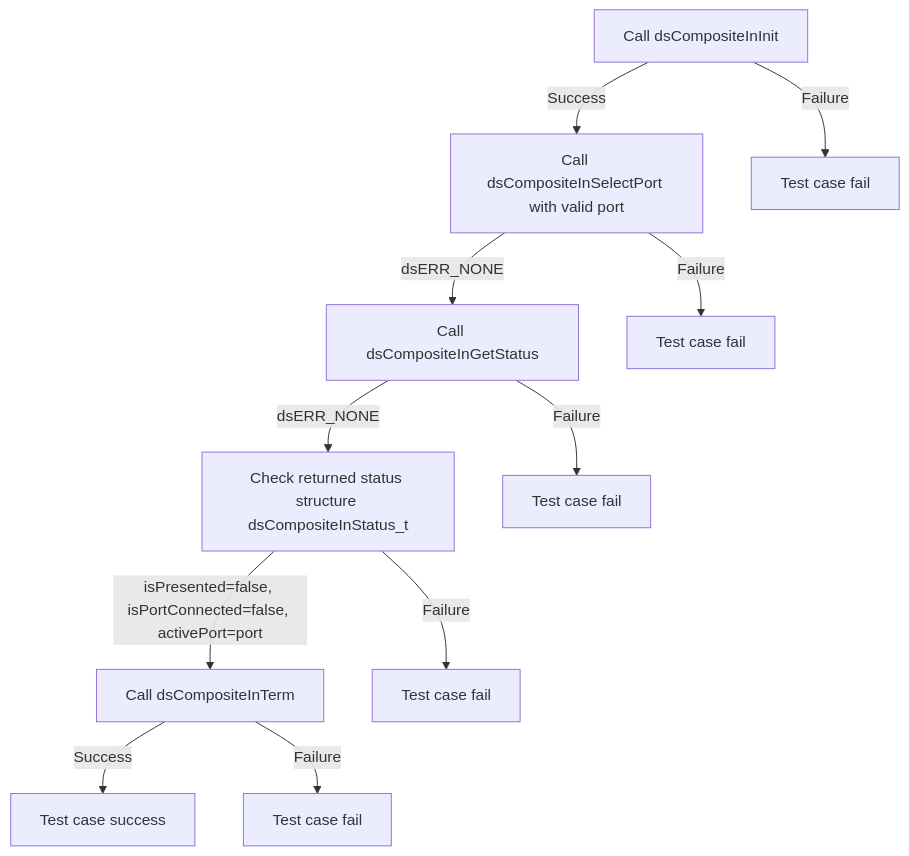
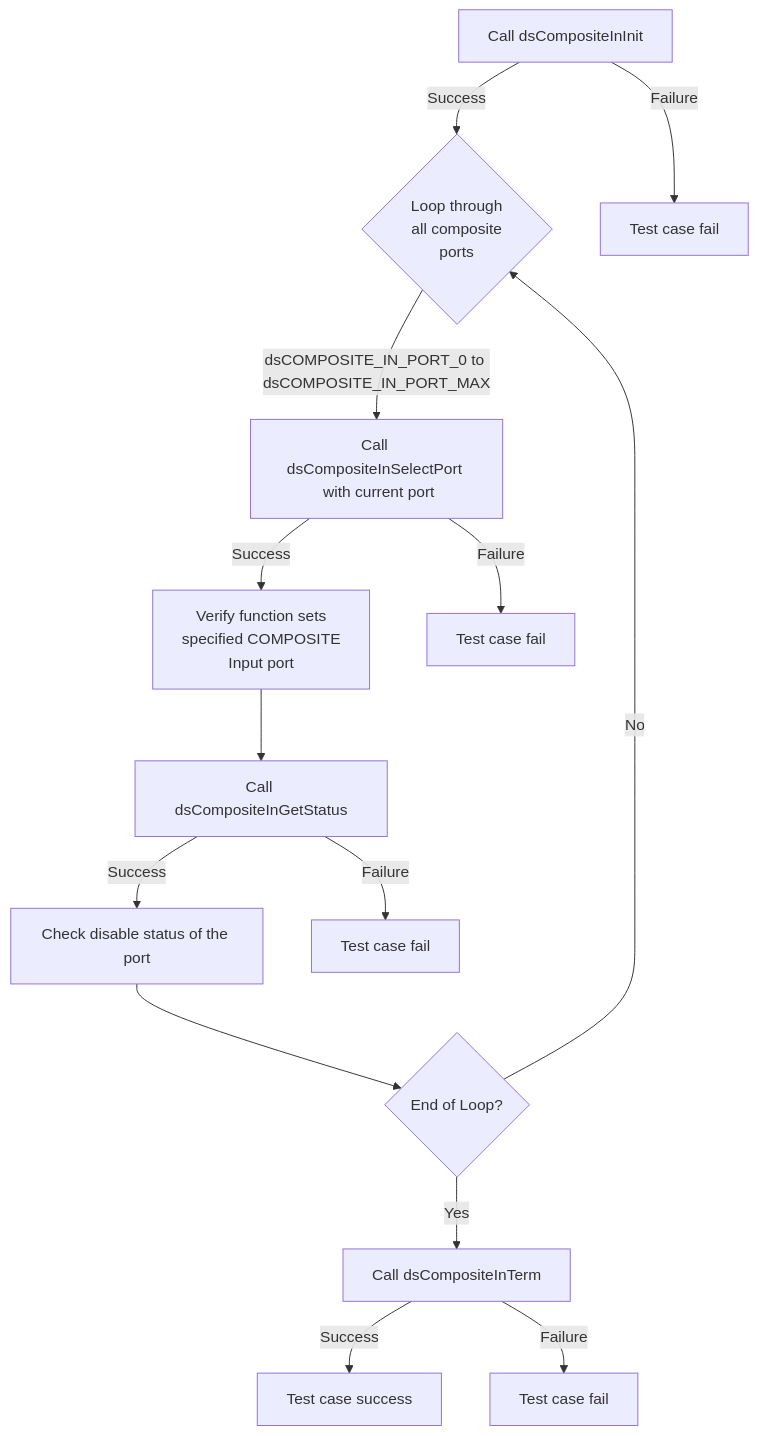
One commit to rdkcentral/rdk-halif-test-device_settings changed the third of 3 diagrams in docs/pages/dsCompositeIn_L2_Low-Level_TestSpecification.md. Above: the diagram before and after it, drawn with Mermaid. The commit also changed other lines of this file and 6 other files, not shown here.

````diff
--- a/docs/pages/dsCompositeIn_L2_Low-Level_TestSpecification.md
+++ b/docs/pages/dsCompositeIn_L2_Low-Level_TestSpecification.md
@@ -163,13 +161,16 @@
 ```mermaid
 graph TB
-    A[Call dsCompositeInInit] -->|Success| B[Call dsCompositeInSelectPort with valid port]
+    A[Call dsCompositeInInit] -->|Success| B{Loop through <br> all composite <br> ports}
     A -->|Failure| A1[Test case fail]
-    B -->|dsERR_NONE| C[Call dsCompositeInGetStatus]
-    B -->|Failure| B1[Test case fail]
-    C -->|dsERR_NONE| D[Check returned status structure dsCompositeInStatus_t ]
+    B -->|dsCOMPOSITE_IN_PORT_0 to dsCOMPOSITE_IN_PORT_MAX| C[Call dsCompositeInSelectPort <br> with current port]
+    C -->|Success| D[Verify function sets <br> specified COMPOSITE <br> Input port]
     C -->|Failure| C1[Test case fail]
-    D -->|isPresented=false, isPortConnected=false, activePort=port| E[Call dsCompositeInTerm]
-    D -->|Failure| D1[Test case fail]
-    E -->|Success| F[Test case success]
+    D --> E[Call dsCompositeInGetStatus]
+    E -->|Success| F[Check disable status of the port]
     E -->|Failure| E1[Test case fail]
+    F --> G{End of Loop?}
+    G -->|No| B
+    G -->|Yes| H[Call dsCompositeInTerm]
+    H -->|Success| I[Test case success]
+    H -->|Failure| H1[Test case fail]
 ```
````
